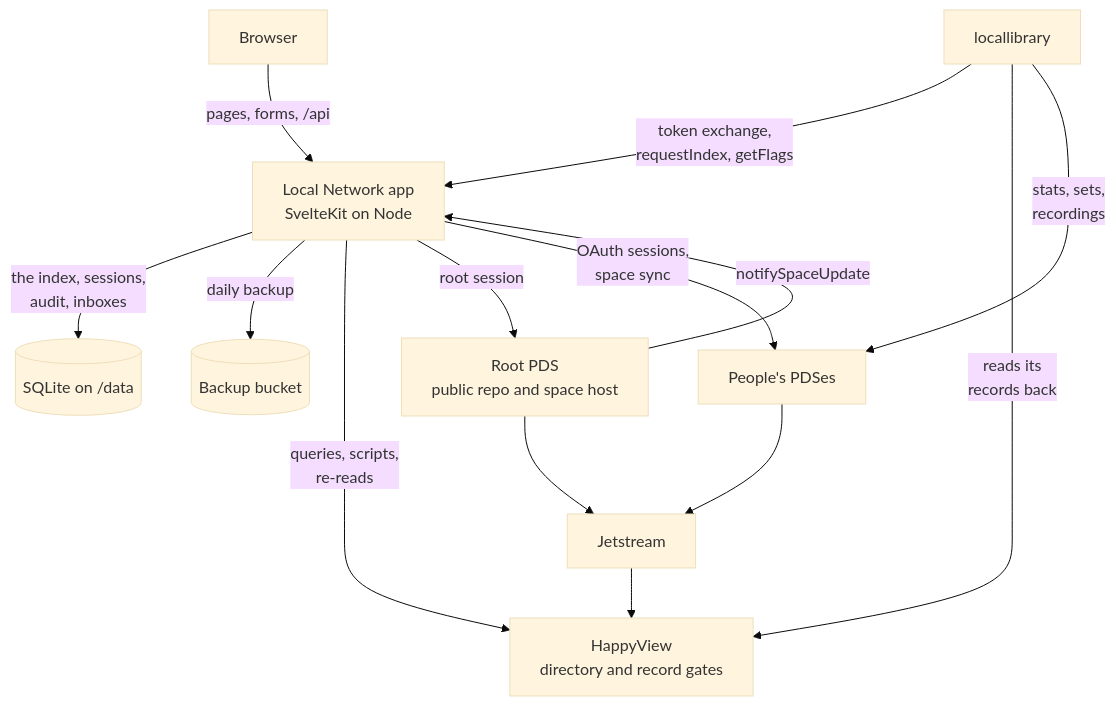
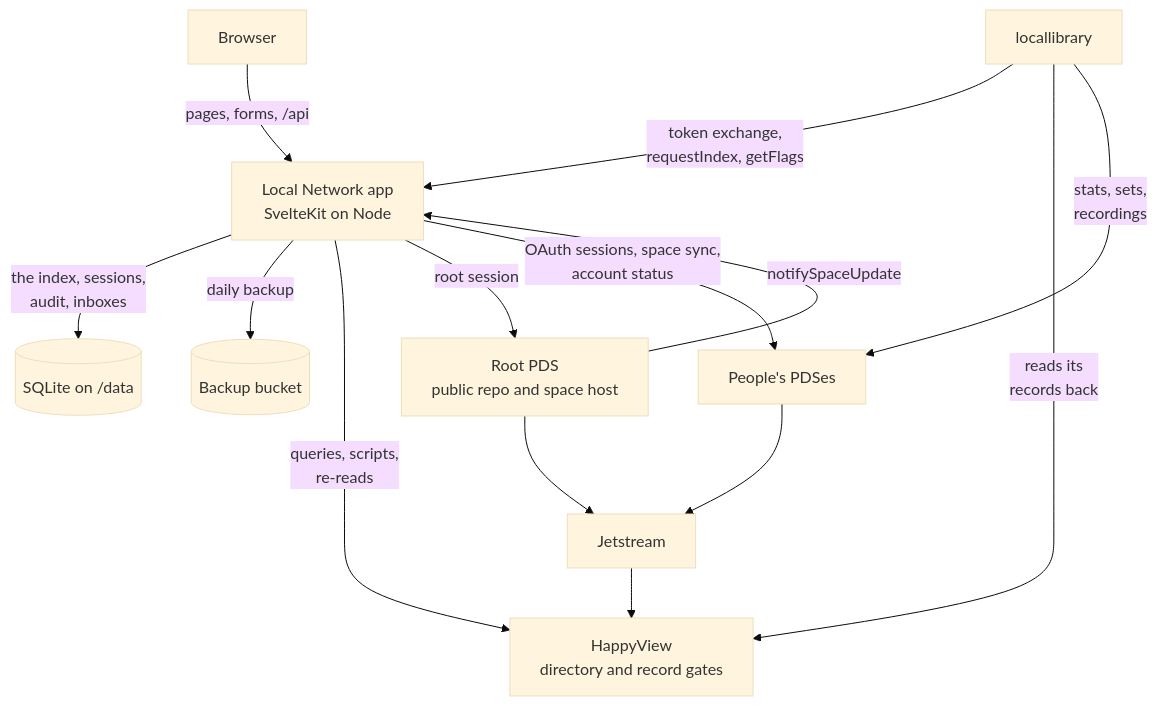
One commit to cutenode/localnetwork changed the third of 11 diagrams in apps/web/README.md. Above: the diagram before and after it, drawn with Mermaid (base theme). The commit also changed other lines of this file and 41 other files, not shown here.

````diff
--- a/apps/web/README.md
+++ b/apps/web/README.md
@@ -505,26 +507,26 @@
 ```mermaid
 flowchart TD
   Browser["Browser"]
   Tool["locallibrary"]
   App["Local Network app<br/>SvelteKit on Node"]
   Db[("SQLite on /data")]
   Bucket[("Backup bucket")]
   HV["HappyView<br/>directory and record gates"]
   Root["Root PDS<br/>public repo and space host"]
   Pds["People's PDSes"]
   Jet["Jetstream"]
 
   Browser -- "pages, forms, /api" --> App
   Tool -- "token exchange,<br/>requestIndex, getFlags" --> App
   Tool -- "reads its<br/>records back" --> HV
   Tool -- "stats, sets,<br/>recordings" --> Pds
   App -- "the index, sessions,<br/>audit, inboxes" --> Db
   App -- "daily backup" --> Bucket
   App -- "queries, scripts,<br/>re-reads" --> HV
   App -- "root session" --> Root
-  App -- "OAuth sessions,<br/>space sync" --> Pds
+  App -- "OAuth sessions, space sync,<br/>account status" --> Pds
   Root -- "notifySpaceUpdate" --> App
   Root --> Jet
   Pds --> Jet
   Jet --> HV
 ```
````
